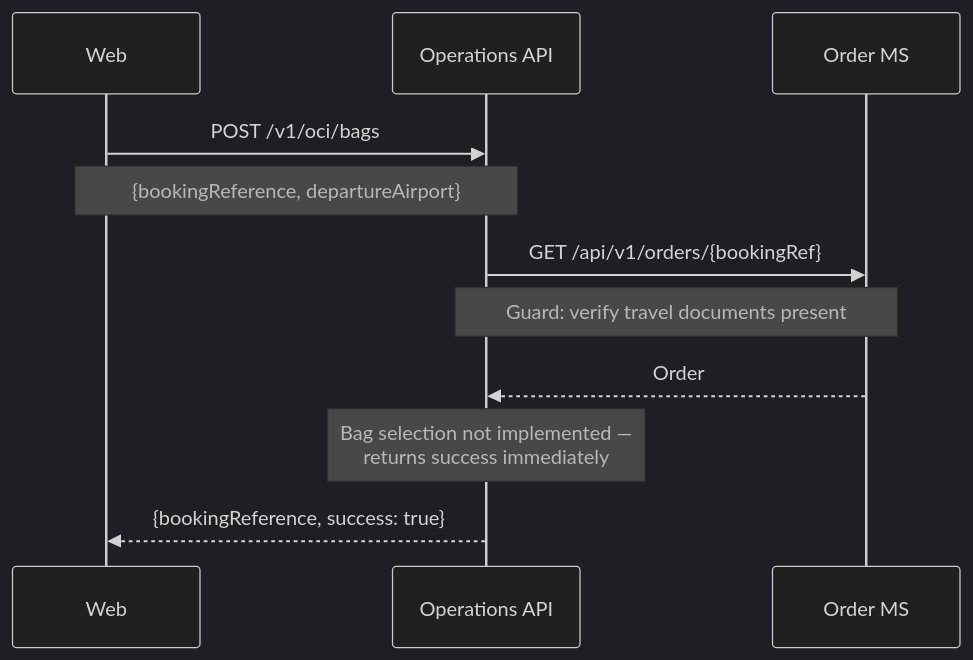
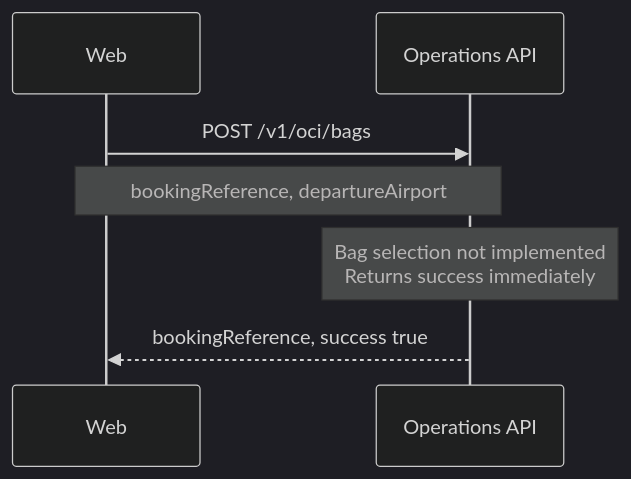
One commit to sebharvey/airline-reservation-system changed the fifth of 8 diagrams in documentation/sequences/check-in.md. Above: the diagram before and after it, drawn with Mermaid (dark theme). The commit also changed other lines of this file, not shown here.

First line of the commit message:
Update OLCI sequence diagrams with Timatic integration and accurate flows

````diff
--- a/documentation/sequences/check-in.md
+++ b/documentation/sequences/check-in.md
@@ -108,16 +115,12 @@
 ```mermaid
 sequenceDiagram
     participant Web
     participant OpsAPI as Operations API
-    participant OrderMS as Order MS
 
     Web->>OpsAPI: POST /v1/oci/bags
-    Note over Web,OpsAPI: {bookingReference, departureAirport}
+    Note over Web,OpsAPI: bookingReference, departureAirport
 
-    OpsAPI->>OrderMS: GET /api/v1/orders/{bookingRef}
-    Note over OpsAPI,OrderMS: Guard: verify travel documents present
-    OrderMS-->>OpsAPI: Order
+    Note over OpsAPI: Bag selection not implemented<br/>Returns success immediately
 
-    Note over OpsAPI: Bag selection not implemented —<br/>returns success immediately
-    OpsAPI-->>Web: {bookingReference, success: true}
+    OpsAPI-->>Web: bookingReference, success true
 ```
````
